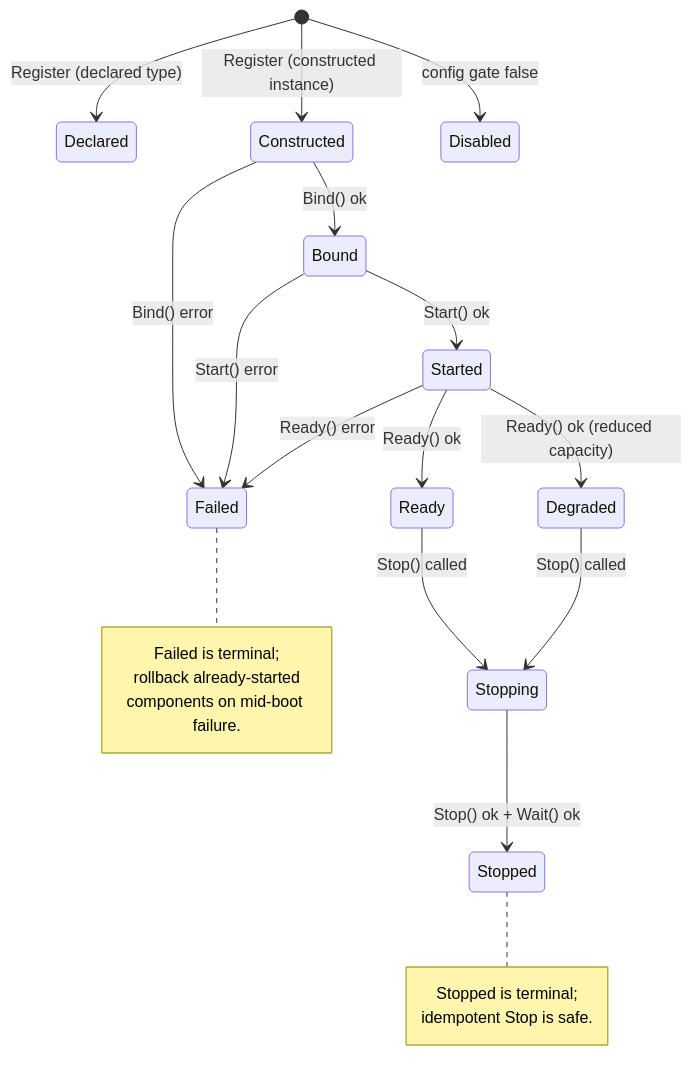
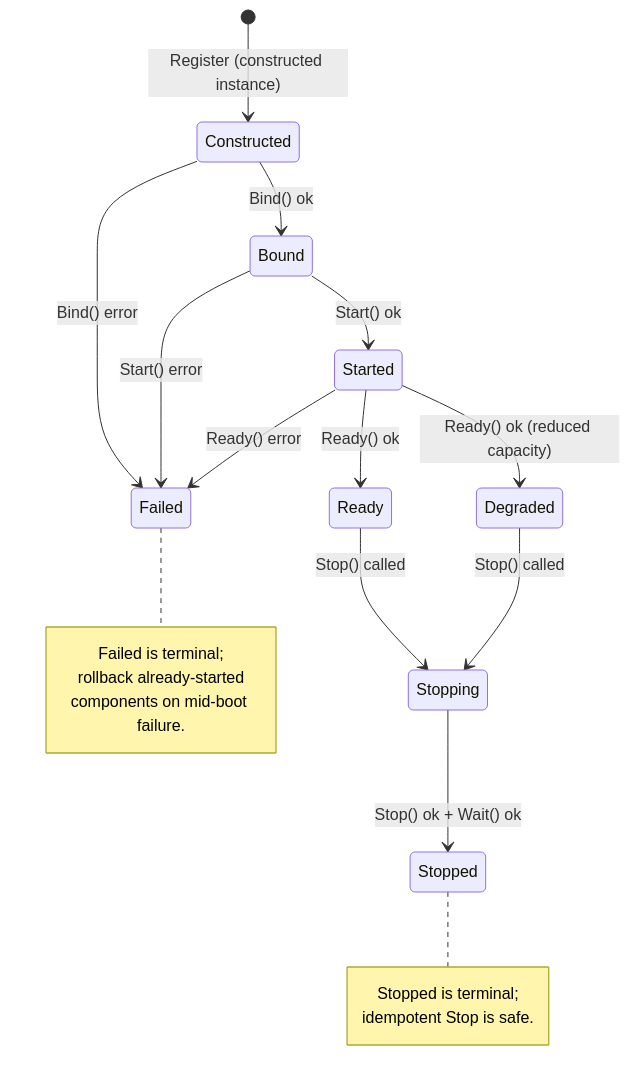
Before and after one commit to Timwood0x10/ARES_Docs: the second of 2 diagrams in content/modules/system_runtime.zh.md, drawn with Mermaid. The commit also changed other lines of this file and 75 other files, not shown here.

Commit message:
docs(architecture): Update runtime layering and ARES Kernel documentation

````diff
--- a/content/modules/system_runtime.zh.md
+++ b/content/modules/system_runtime.zh.md
@@ -67,25 +74,23 @@
 ```mermaid
 stateDiagram-v2
-    [*] --> Declared: Register (declared type)
     [*] --> Constructed: Register (constructed instance)
-    [*] --> Disabled: config gate false
     Constructed --> Bound: Bind() ok
     Constructed --> Failed: Bind() error
     Bound --> Started: Start() ok
     Bound --> Failed: Start() error
     Started --> Ready: Ready() ok
     Started --> Degraded: Ready() ok (reduced capacity)
     Started --> Failed: Ready() error
     Ready --> Stopping: Stop() called
     Degraded --> Stopping: Stop() called
     Stopping --> Stopped: Stop() ok + Wait() ok
     note right of Stopped
         Stopped is terminal;
         idempotent Stop is safe.
     end note
     note right of Failed
         Failed is terminal;
         rollback already-started
         components on mid-boot failure.
     end note
 ```
````
